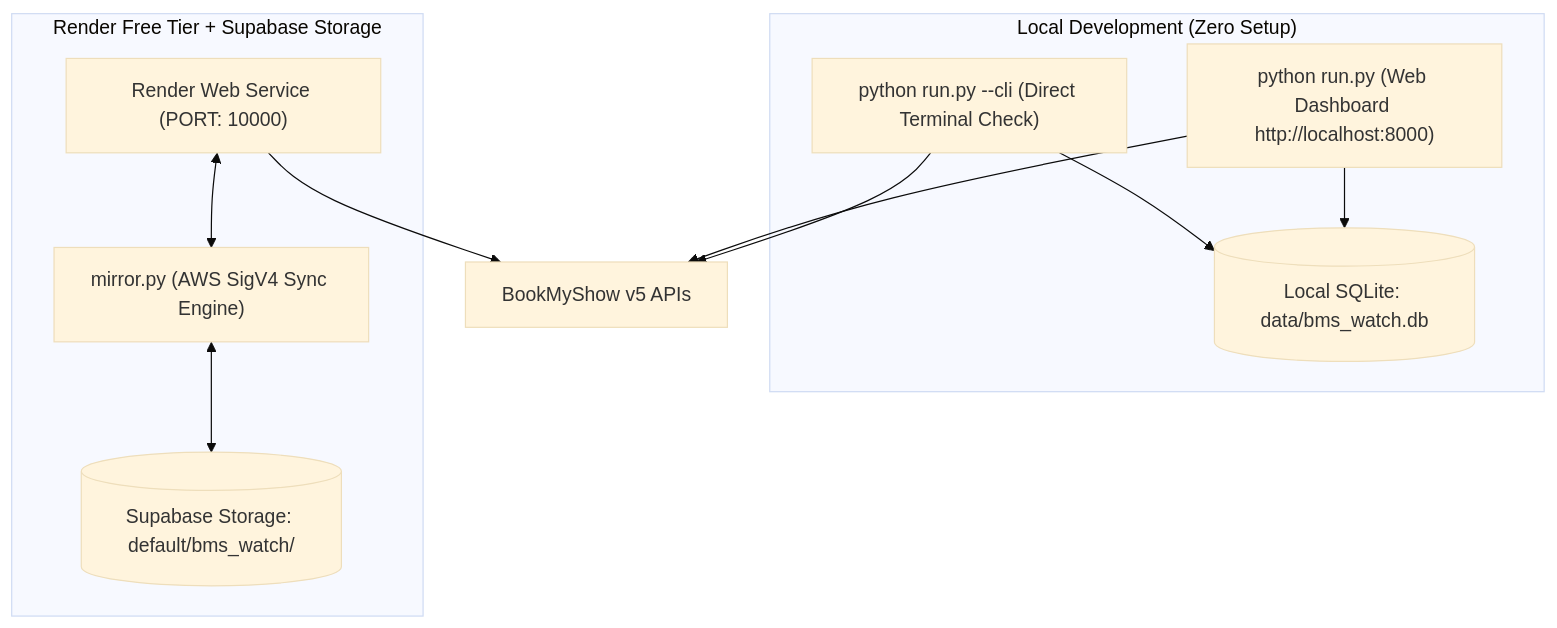
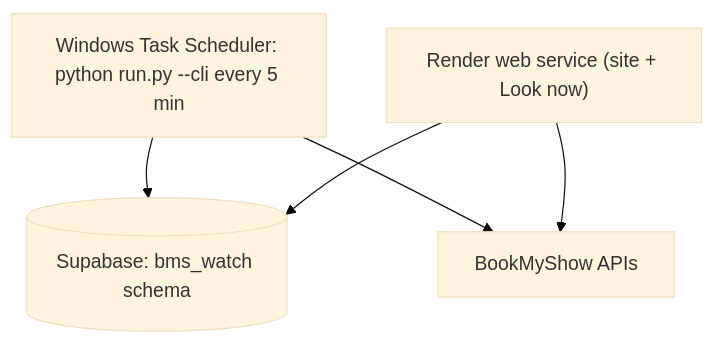
Before and after one commit to zayn0001/bms-watch: the diagram in README.md, drawn with Mermaid (base theme). The commit also changed other lines of this file and 9 other files, not shown here.

First line of the commit message:
feat: store watches in Supabase; check locally via Windows Task Scheduler

````diff
--- a/README.md
+++ b/README.md
@@ -15,21 +15,7 @@
 ```mermaid
 flowchart TD
-    subgraph Local ["Local Development (Zero Setup)"]
-        CLI["python run.py --cli (Direct Terminal Check)"]
-        WEB["python run.py (Web Dashboard http://localhost:8000)"]
-        LocalDB[("Local SQLite: data/bms_watch.db")]
-        CLI --> LocalDB
-        WEB --> LocalDB
-    end
-
-    subgraph RenderSupabase ["Render Free Tier + Supabase Storage"]
-        RenderService["Render Web Service (PORT: 10000)"]
-        Mirror["mirror.py (AWS SigV4 Sync Engine)"]
-        SupabaseS3[("Supabase Storage: default/bms_watch/")]
-        RenderService <--> Mirror <--> SupabaseS3
-    end
-
-    WEB --> BMS["BookMyShow v5 APIs"]
-    CLI --> BMS
-    RenderService --> BMS
+    Task["Windows Task Scheduler: python run.py --cli every 5 min"] --> DB[("Supabase: bms_watch schema")]
+    Site["Render web service (site + Look now)"] --> DB
+    Task --> BMS["BookMyShow APIs"]
+    Site --> BMS
 ```
````
